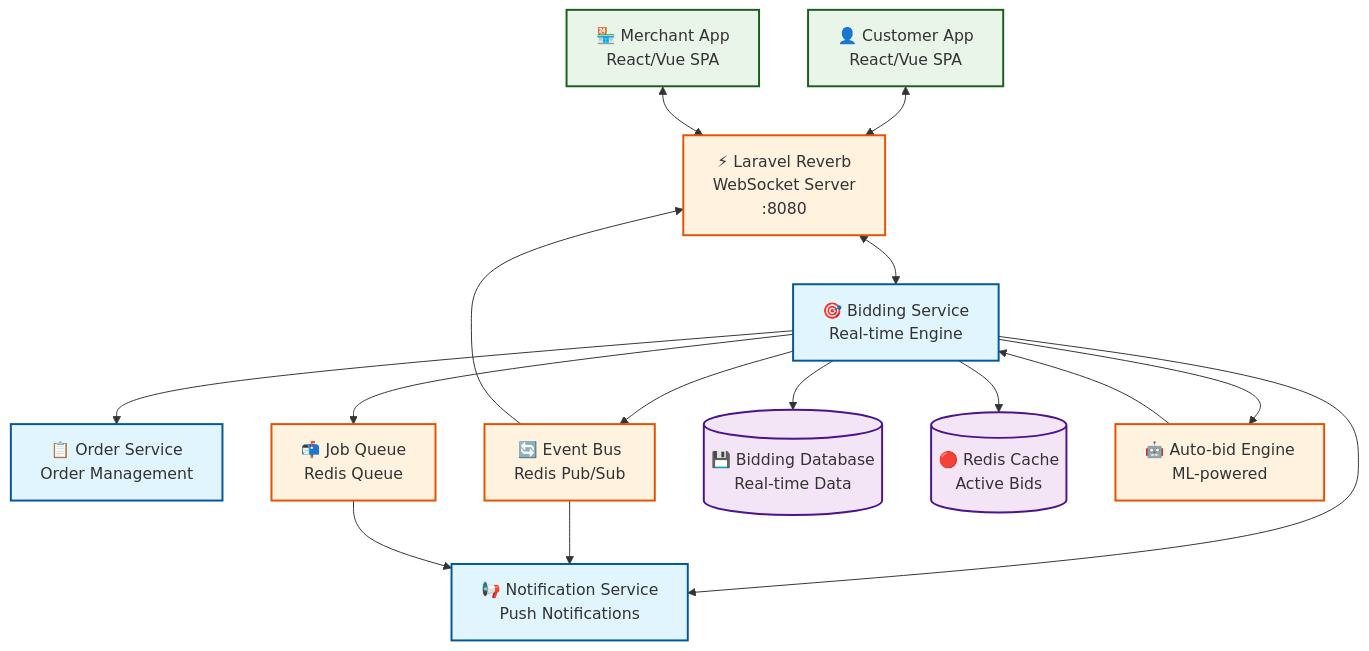
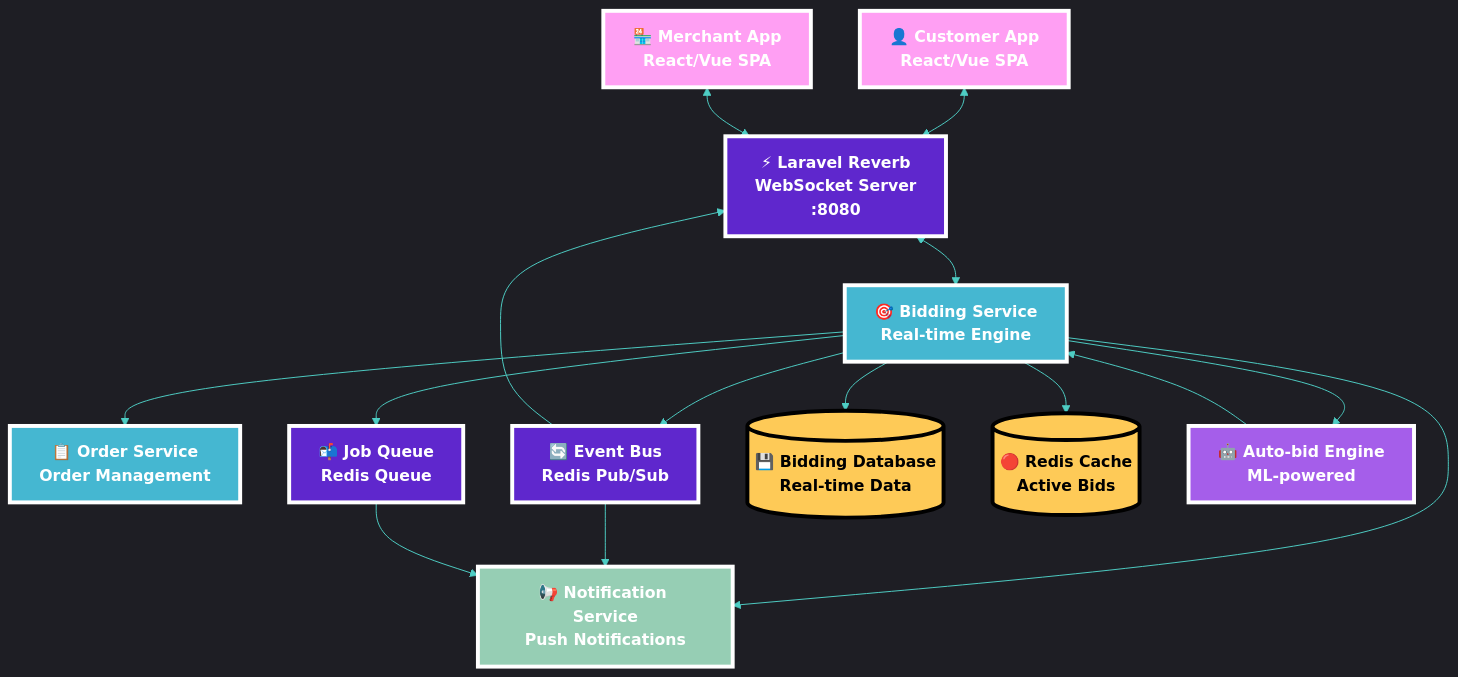
Before and after one commit to abdoElHodaky/larvrevrstender: the third of 7 diagrams in diagrams/service-architecture.md, drawn with Mermaid. The commit also changed other lines of this file, not shown here.

First line of the commit message:
🎯 FINAL STEP: Complete service architecture diagrams with distinguished styling

````diff
--- a/diagrams/service-architecture.md
+++ b/diagrams/service-architecture.md
@@ -198,59 +239,80 @@
 ```mermaid
+%%{init: {
+  'theme': 'dark',
+  'themeVariables': {
+    'primaryColor': '#FF6B6B',
+    'primaryTextColor': '#FFFFFF',
+    'primaryBorderColor': '#FF8E8E',
+    'lineColor': '#4ECDC4',
+    'secondaryColor': '#45B7D1',
+    'tertiaryColor': '#96CEB4',
+    'background': '#0F172A',
+    'mainBkg': '#1E293B',
+    'secondBkg': '#334155',
+    'tertiaryBkg': '#475569'
+  }
+}}%%
+
 graph TB
     %% Client Layer
     CustomerApp[👤 Customer App<br/>React/Vue SPA]
     MerchantApp[🏪 Merchant App<br/>React/Vue SPA]
     
     %% WebSocket Layer
     Reverb[⚡ Laravel Reverb<br/>WebSocket Server<br/>:8080]
     
     %% Service Layer
     BiddingSvc[🎯 Bidding Service<br/>Real-time Engine]
     OrderSvc[📋 Order Service<br/>Order Management]
     NotificationSvc[📢 Notification Service<br/>Push Notifications]
     
     %% Event System
     EventBus[🔄 Event Bus<br/>Redis Pub/Sub]
     Queue[📬 Job Queue<br/>Redis Queue]
     
     %% Data Layer
     BidDB[(💾 Bidding Database<br/>Real-time Data)]
     Cache[(🔴 Redis Cache<br/>Active Bids)]
     
     %% Real-time Flow
     CustomerApp <--> Reverb
     MerchantApp <--> Reverb
     
     Reverb <--> BiddingSvc
     BiddingSvc --> OrderSvc
     BiddingSvc --> NotificationSvc
     
     %% Event-driven updates
     BiddingSvc --> EventBus
     EventBus --> Reverb
     EventBus --> NotificationSvc
     
     %% Async processing
     BiddingSvc --> Queue
     Queue --> NotificationSvc
     
     %% Data persistence
     BiddingSvc --> BidDB
     BiddingSvc --> Cache
     
     %% Auto-bidding flow
     AutoBidEngine[🤖 Auto-bid Engine<br/>ML-powered]
     BiddingSvc --> AutoBidEngine
     AutoBidEngine --> BiddingSvc
     
-    %% Styling
-    classDef appBox fill:#e8f5e8,stroke:#1b5e20,stroke-width:2px
-    classDef serviceBox fill:#e1f5fe,stroke:#01579b,stroke-width:2px
-    classDef dataBox fill:#f3e5f5,stroke:#4a148c,stroke-width:2px
-    classDef realtimeBox fill:#fff3e0,stroke:#e65100,stroke-width:2px
+    %% 🎨 Distinguished Eye-Catching Styling
+    classDef clientStyle fill:#FF9FF3,stroke:#FFFFFF,stroke-width:4px,color:#FFFFFF,font-weight:bold
+    classDef coreServiceStyle fill:#45B7D1,stroke:#FFFFFF,stroke-width:4px,color:#FFFFFF,font-weight:bold
+    classDef supportServiceStyle fill:#96CEB4,stroke:#FFFFFF,stroke-width:4px,color:#FFFFFF,font-weight:bold
+    classDef dataStyle fill:#FECA57,stroke:#000000,stroke-width:4px,color:#000000,font-weight:bold
+    classDef realtimeStyle fill:#5F27CD,stroke:#FFFFFF,stroke-width:4px,color:#FFFFFF,font-weight:bold
+    classDef aiStyle fill:#A55EEA,stroke:#FFFFFF,stroke-width:4px,color:#FFFFFF,font-weight:bold
     
-    class CustomerApp,MerchantApp appBox
-    class BiddingSvc,OrderSvc,NotificationSvc serviceBox
-    class BidDB,Cache dataBox
-    class Reverb,EventBus,Queue,AutoBidEngine realtimeBox
+    %% Apply Component Styling
+    class CustomerApp,MerchantApp clientStyle
+    class BiddingSvc,OrderSvc coreServiceStyle
+    class NotificationSvc supportServiceStyle
+    class BidDB,Cache dataStyle
+    class Reverb,EventBus,Queue realtimeStyle
+    class AutoBidEngine aiStyle
 ```
````
